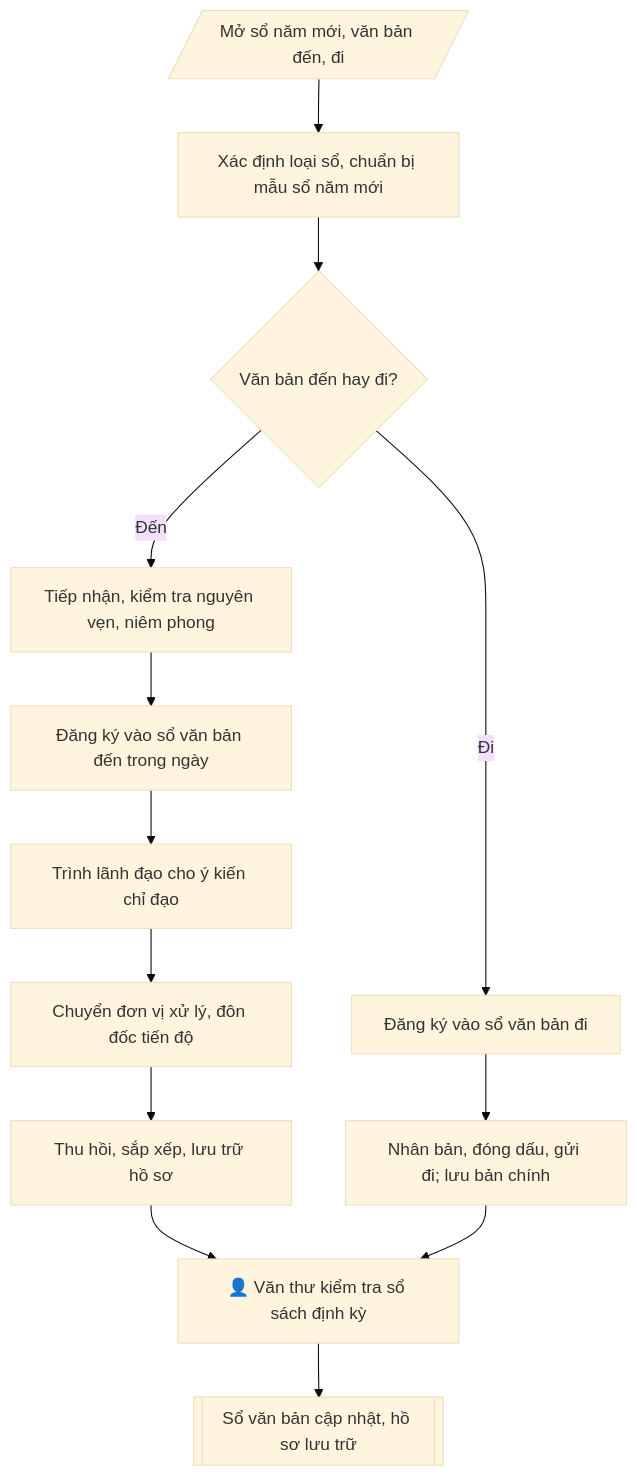
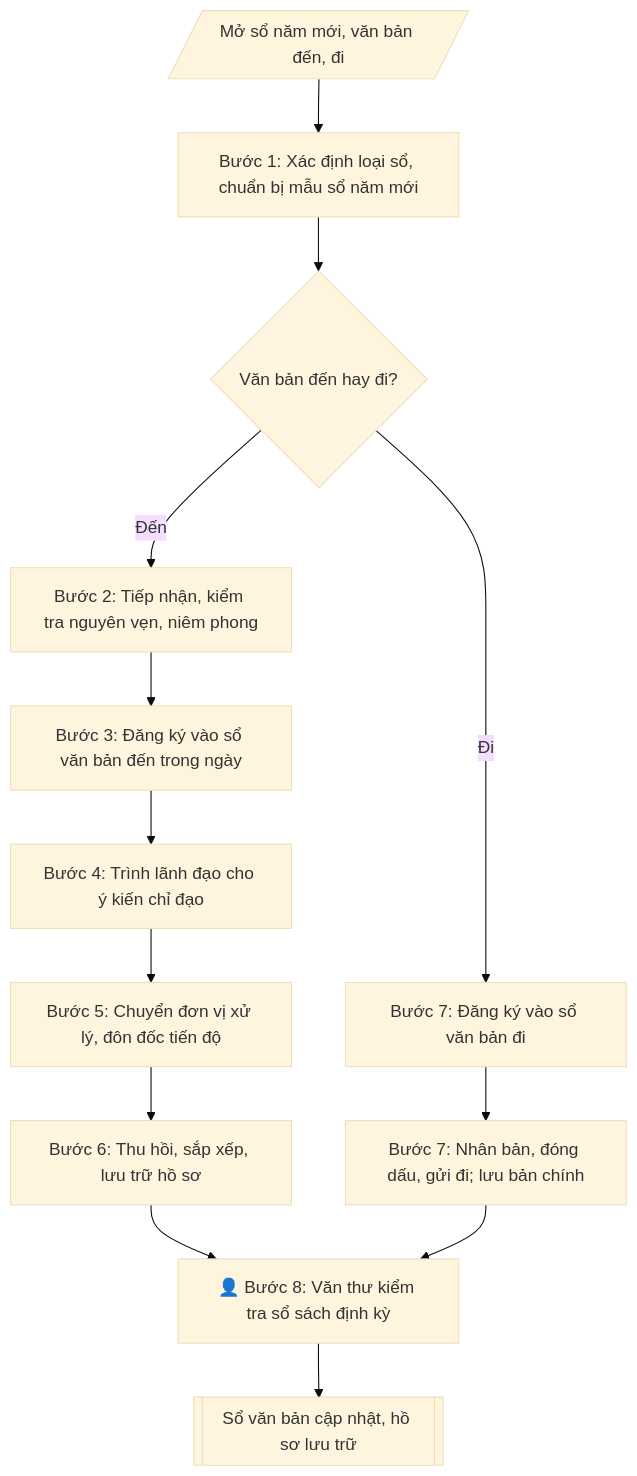
The diagram in skills/so-van-ban-di-den/SKILL.md (phamtruong91/dh-skills), drawn with Mermaid (base theme) before and after one commit. The commit also changed 30 other files, not shown here.

First line of the commit message:
Rà soát cấu trúc nhóm 1 (20 skill): sửa thể thức, sơ đồ, vai trò ký, thứ tự bước; thêm audit_structure và khóa lỗi mẫu

````diff
--- a/skills/so-van-ban-di-den/SKILL.md
+++ b/skills/so-van-ban-di-den/SKILL.md
@@ -99,15 +99,15 @@
 ```mermaid
 flowchart TD
-    IN[/"Mở sổ năm mới, văn bản đến, đi"/] --> A["Xác định loại sổ, chuẩn bị mẫu sổ năm mới"]
+    IN[/"Mở sổ năm mới, văn bản đến, đi"/] --> A["Bước 1: Xác định loại sổ, chuẩn bị mẫu sổ năm mới"]
     A --> Q{"Văn bản đến hay đi?"}
-    Q -->|Đến| B["Tiếp nhận, kiểm tra nguyên vẹn, niêm phong"]
-    B --> C["Đăng ký vào sổ văn bản đến trong ngày"]
-    C --> D["Trình lãnh đạo cho ý kiến chỉ đạo"]
-    D --> E["Chuyển đơn vị xử lý, đôn đốc tiến độ"]
-    E --> F["Thu hồi, sắp xếp, lưu trữ hồ sơ"]
-    Q -->|Đi| G["Đăng ký vào sổ văn bản đi"]
-    G --> H["Nhân bản, đóng dấu, gửi đi; lưu bản chính"]
-    F --> HG["👤 Văn thư kiểm tra sổ sách định kỳ"]
+    Q -->|Đến| B["Bước 2: Tiếp nhận, kiểm tra nguyên vẹn, niêm phong"]
+    B --> C["Bước 3: Đăng ký vào sổ văn bản đến trong ngày"]
+    C --> D["Bước 4: Trình lãnh đạo cho ý kiến chỉ đạo"]
+    D --> E["Bước 5: Chuyển đơn vị xử lý, đôn đốc tiến độ"]
+    E --> F["Bước 6: Thu hồi, sắp xếp, lưu trữ hồ sơ"]
+    Q -->|Đi| G["Bước 7: Đăng ký vào sổ văn bản đi"]
+    G --> H["Bước 7: Nhân bản, đóng dấu, gửi đi; lưu bản chính"]
+    F --> HG["👤 Bước 8: Văn thư kiểm tra sổ sách định kỳ"]
     H --> HG
     HG --> OUT[["Sổ văn bản cập nhật, hồ sơ lưu trữ"]]
 ```
````
